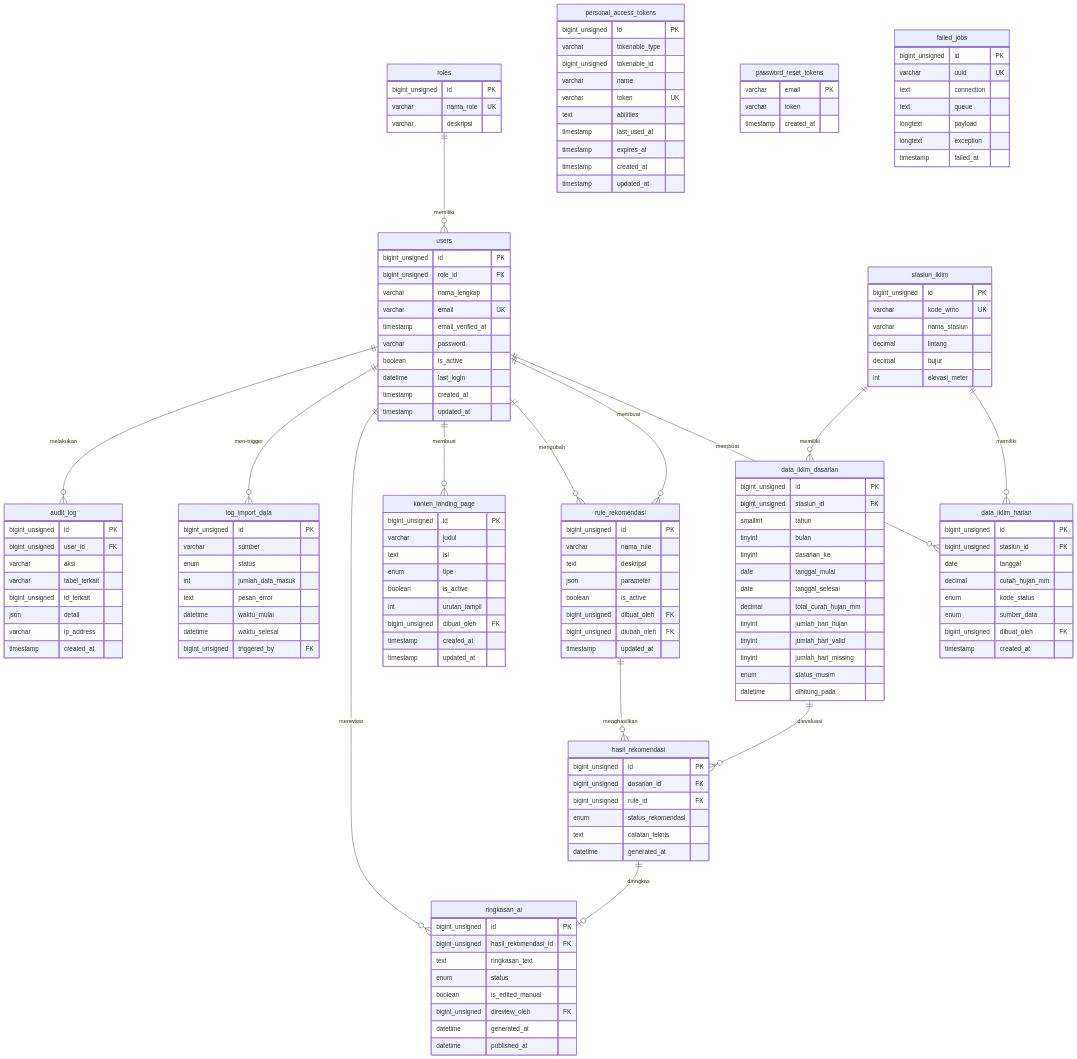
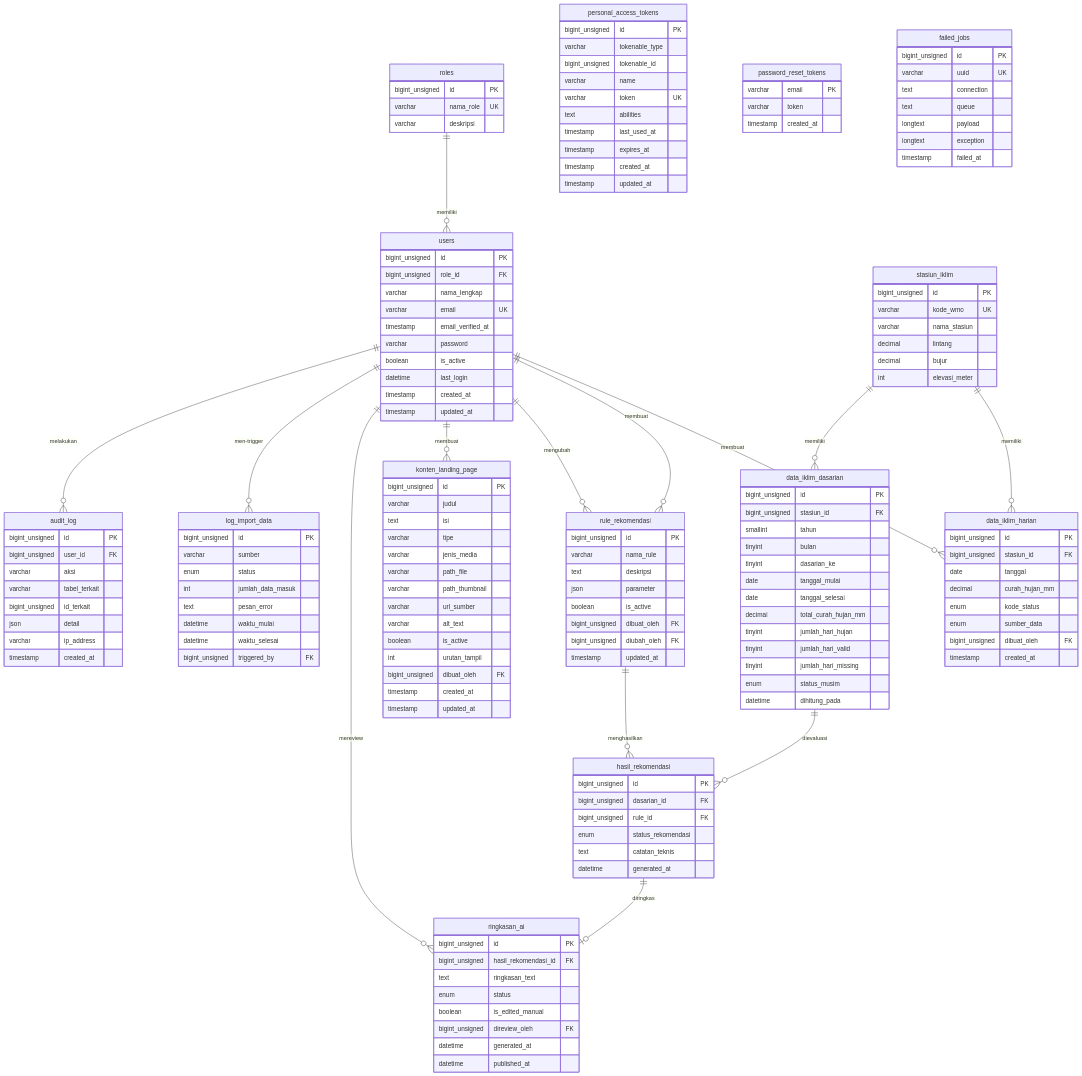
One commit to ulumbader/PKL_BMKG_UINMA_2026 changed the diagram in diagram_erd.md. Above: the diagram before and after it, drawn with Mermaid. The commit also changed other lines of this file and 25 other files, not shown here.

```diff
--- a/diagram_erd.md
+++ b/diagram_erd.md
@@ -599,7 +609,12 @@
         bigint_unsigned id PK
         varchar judul
         text isi
-        enum tipe
+        varchar tipe
+        varchar jenis_media
+        varchar path_file
+        varchar path_thumbnail
+        varchar url_sumber
+        varchar alt_text
         boolean is_active
         int urutan_tampil
         bigint_unsigned dibuat_oleh FK
```
